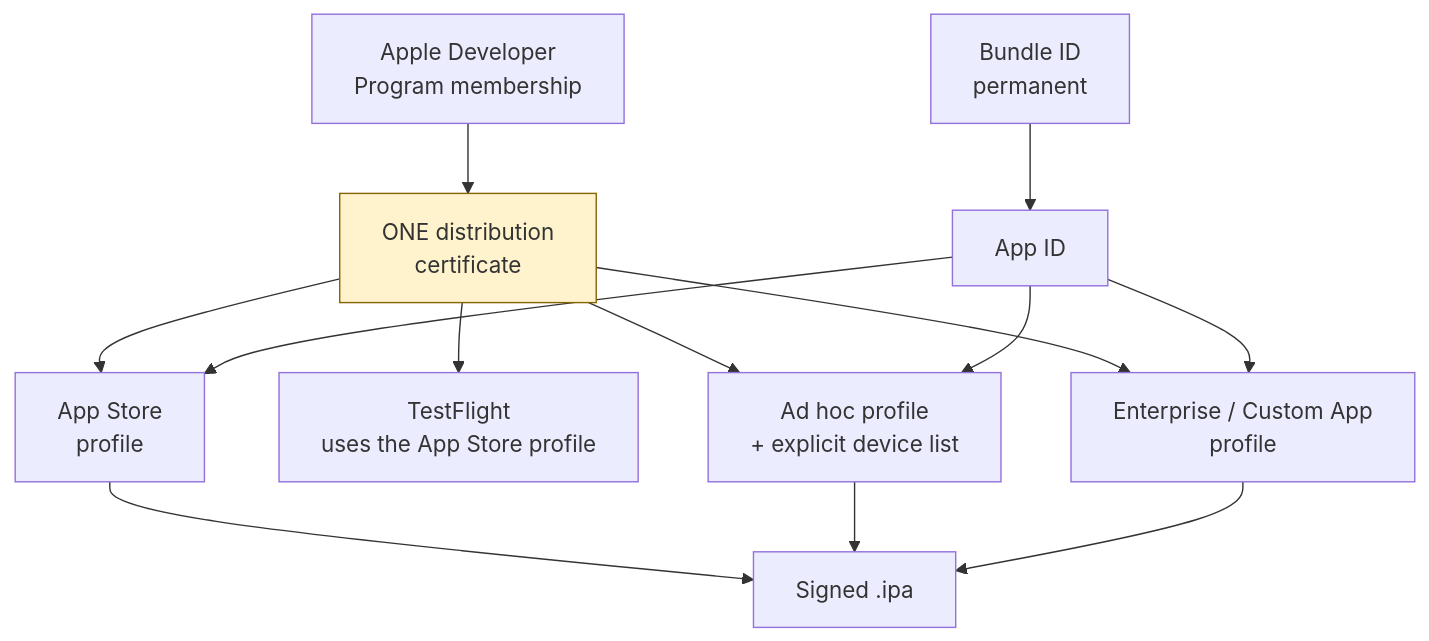
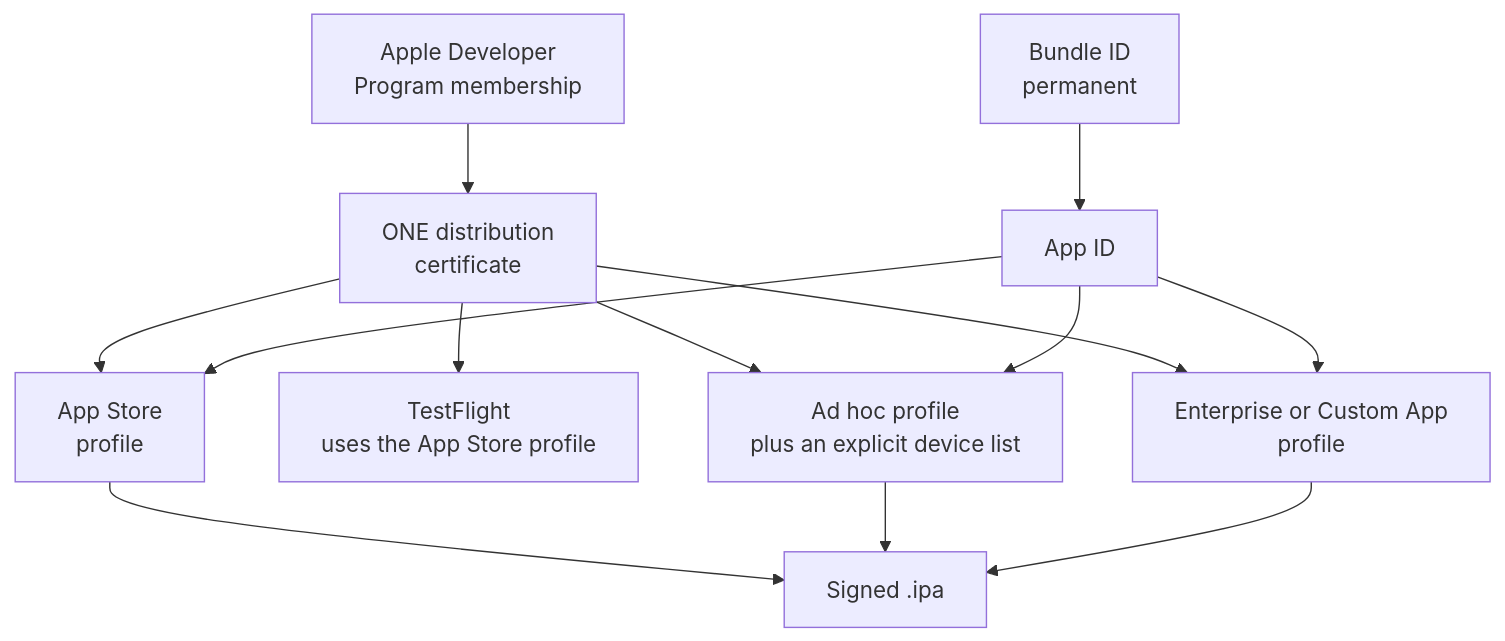
The diagram in platforms/apple/README.md (brijeshspatel/csharp-project-005-dotnet-maui-app-distribution), drawn with Mermaid before and after one commit. The commit also changed other lines of this file and 24 other files, not shown here.

````diff
--- a/platforms/apple/README.md
+++ b/platforms/apple/README.md
@@ -61,33 +26,15 @@
 ```mermaid
-
 flowchart TD
-
     ADP[Apple Developer<br/>Program membership] --> CERT[ONE distribution<br/>certificate]
-
     BID[Bundle ID<br/>permanent] --> APPID[App ID]
-
     CERT --> P1[App Store<br/>profile]
-
     CERT --> P2[TestFlight<br/>uses the App Store profile]
-
-    CERT --> P3[Ad hoc profile<br/>+ explicit device list]
-
-    CERT --> P4[Enterprise / Custom App<br/>profile]
-
+    CERT --> P3[Ad hoc profile<br/>plus an explicit device list]
+    CERT --> P4[Enterprise or Custom App<br/>profile]
     APPID --> P1
-
     APPID --> P3
-
     APPID --> P4
-
     P1 --> IPA[Signed .ipa]
-
     P3 --> IPA
-
     P4 --> IPA
-
-
-
-    style CERT fill:#fff3cd,stroke:#856404
-
 ```
````
